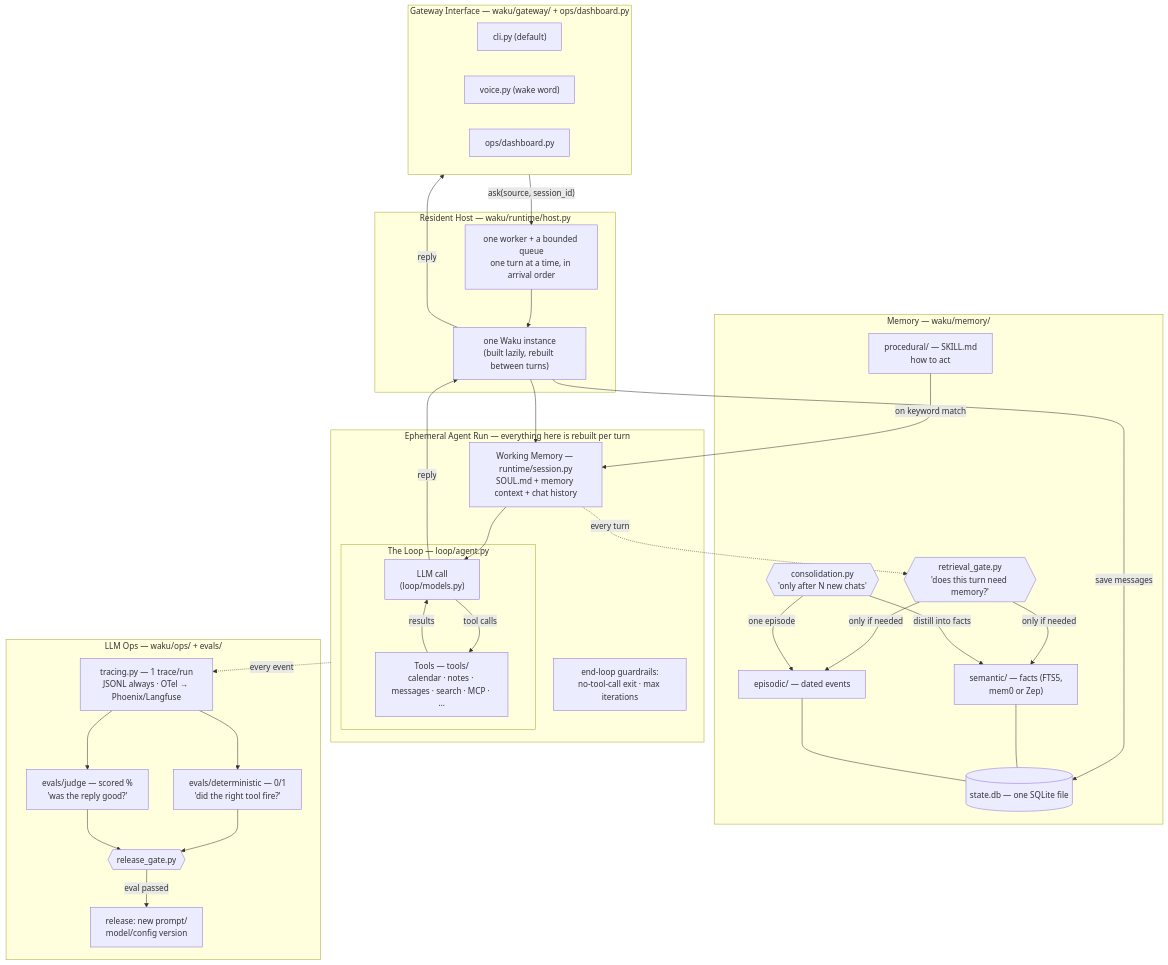
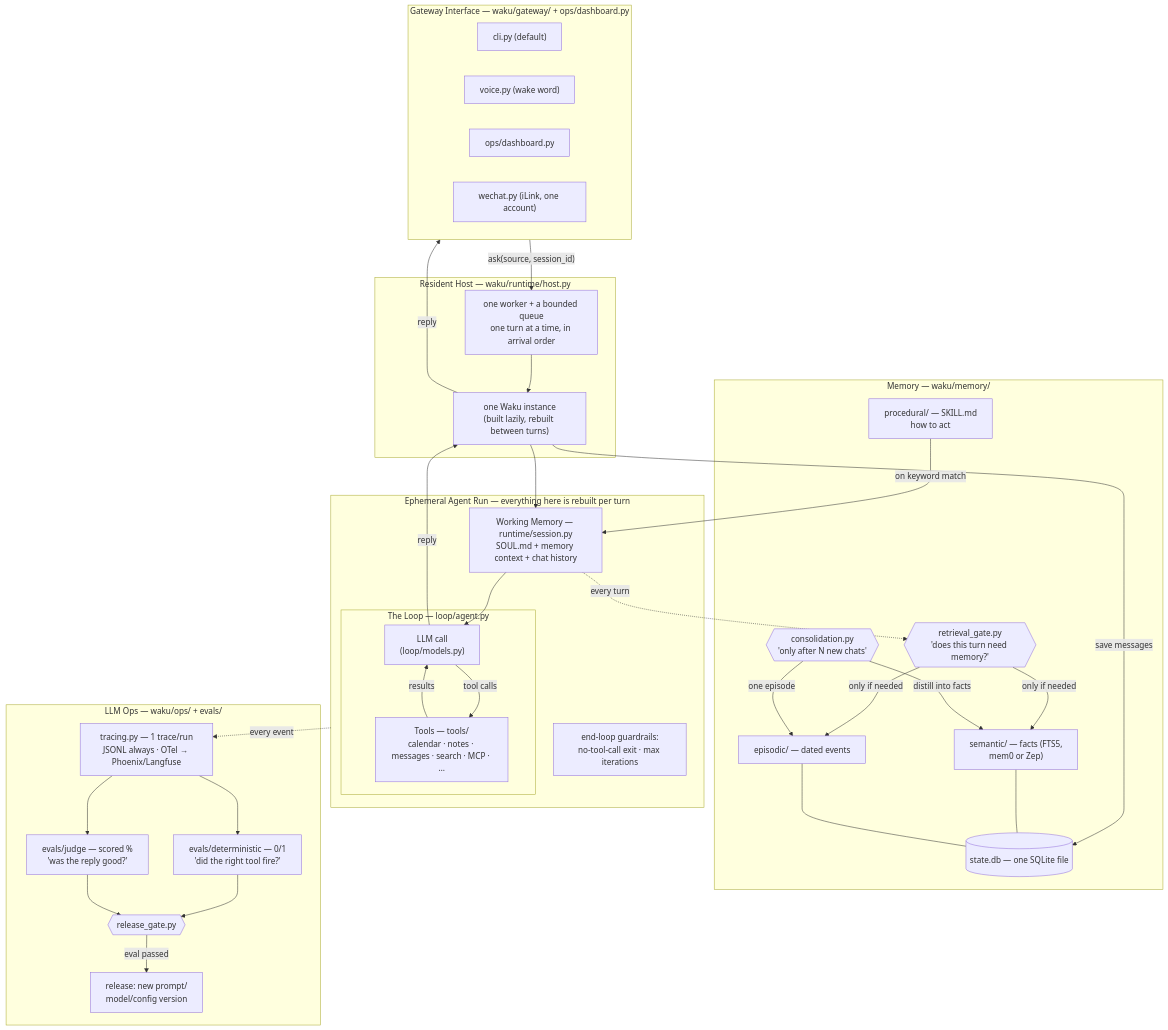
One commit to nangbwsx-gif/PP-Agent changed the first of 2 diagrams in docs/architecture.md. Above: the diagram before and after it, drawn with Mermaid. The commit also changed other lines of this file and 11 other files, not shown here.

````diff
--- a/docs/architecture.md
+++ b/docs/architecture.md
@@ -7,57 +7,58 @@
 ```mermaid
 flowchart TB
     subgraph HOST["Resident Host — waku/runtime/host.py"]
         AGENT["one Waku instance<br/>(built lazily, rebuilt between turns)"]
         QUEUE["one worker + a bounded queue<br/>one turn at a time, in arrival order"]
     end
 
     subgraph GW["Gateway Interface — waku/gateway/ + ops/dashboard.py"]
         CLI["cli.py (default)"]
         VOICE["voice.py (wake word)"]
         DASH["ops/dashboard.py"]
+        WECHAT["wechat.py (iLink, one account)"]
     end
 
     GW -->|"ask(source, session_id)"| QUEUE --> AGENT
     AGENT -->|reply| GW
 
     subgraph RUN["Ephemeral Agent Run — everything here is rebuilt per turn"]
         WM["Working Memory — runtime/session.py<br/>SOUL.md + memory context + chat history"]
         subgraph LOOP["The Loop — loop/agent.py"]
             LLM["LLM call<br/>(loop/models.py)"]
             TOOLS["Tools — tools/<br/>calendar · notes · messages · search · MCP · …"]
             LLM -->|tool calls| TOOLS -->|results| LLM
         end
         WM --> LLM
         GUARD["end-loop guardrails:<br/>no-tool-call exit · max iterations"]
     end
 
     AGENT --> WM
     LLM -->|reply| AGENT
 
     subgraph MEM["Memory — waku/memory/"]
         GATE{{"retrieval_gate.py<br/>'does this turn need memory?'"}}
         PROC["procedural/ — SKILL.md<br/>how to act"]
         SEM["semantic/ — facts (FTS5,<br/>mem0 or Zep)"]
         EPI["episodic/ — dated events"]
         CONS{{"consolidation.py<br/>'only after N new chats'"}}
         DB[("state.db — one SQLite file")]
     end
 
     WM -.->|every turn| GATE
     GATE -->|only if needed| SEM & EPI
     PROC -->|on keyword match| WM
     AGENT -->|save messages| DB
     CONS -->|distill into facts| SEM
     CONS -->|one episode| EPI
     SEM & EPI --- DB
 
     subgraph OPS["LLM Ops — waku/ops/ + evals/"]
         TRACE["tracing.py — 1 trace/run<br/>JSONL always · OTel → Phoenix/Langfuse"]
         DET["evals/deterministic — 0/1<br/>'did the right tool fire?'"]
         JUDGE["evals/judge — scored %<br/>'was the reply good?'"]
         RGATE{{"release_gate.py"}}
         TRACE --> DET & JUDGE --> RGATE -->|eval passed| SHIP["release: new prompt/<br/>model/config version"]
     end
 
     RUN -.->|every event| TRACE
 ```
````
